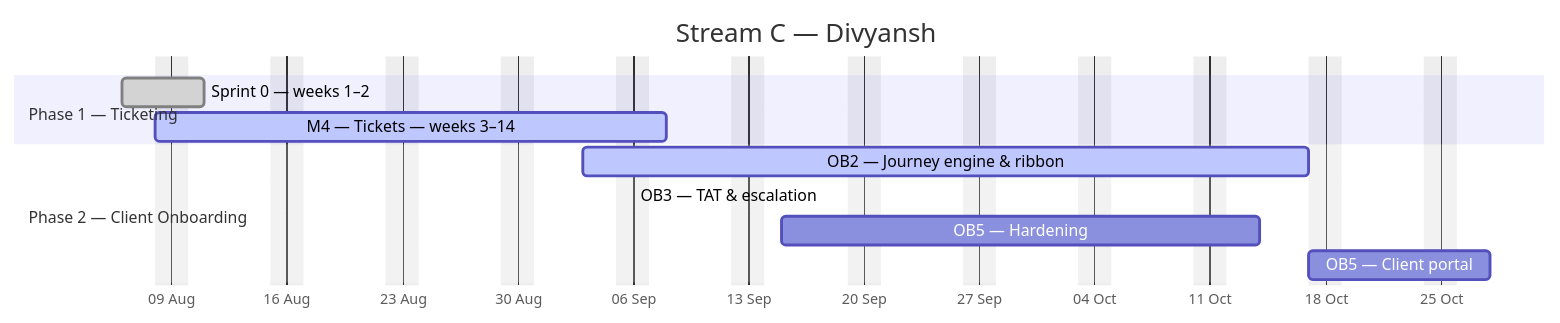
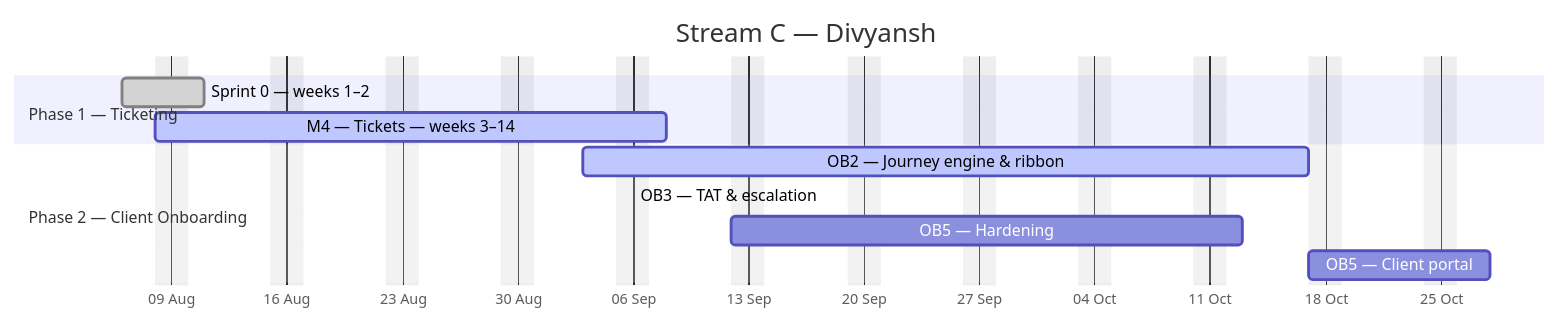
Before and after one commit to debashisedunext/EduTrack: the third of 4 diagrams in docs/plan/GANTT.md, drawn with Mermaid. The commit also changed other lines of this file and 2 other files, not shown here.

````diff
--- a/docs/plan/GANTT.md
+++ b/docs/plan/GANTT.md
@@ -170,15 +169,15 @@
 ```mermaid
 gantt
     dateFormat YYYY-MM-DD
     axisFormat %d %b
     title Stream C — Divyansh
     excludes weekends
     section Phase 1 — Ticketing
     Sprint 0 — weeks 1–2 :done, c0, 2026-08-06, 3d
     M4 — Tickets — weeks 3–14 :active, c1, 2026-08-08, 22d
     section Phase 2 — Client Onboarding
     OB2 — Journey engine & ribbon :active, c2, 2026-09-03, 32d
-    OB3 — TAT & escalation :active, c3, 2026-09-06, -33d
-    OB5 — Hardening :c4, 2026-09-15, 21d
+    OB3 — TAT & escalation :active, c3, 2026-09-06, -34d
+    OB5 — Hardening :c4, 2026-09-12, 22d
     OB5 — Client portal :c5, 2026-10-17, 8d
 ```
````
